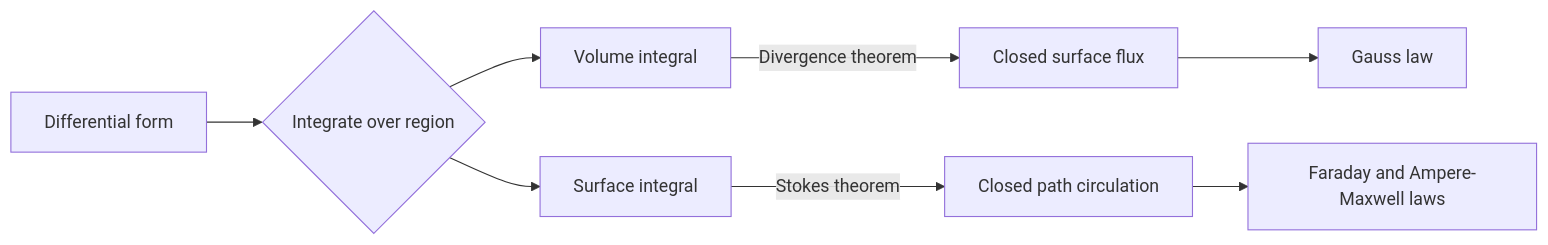
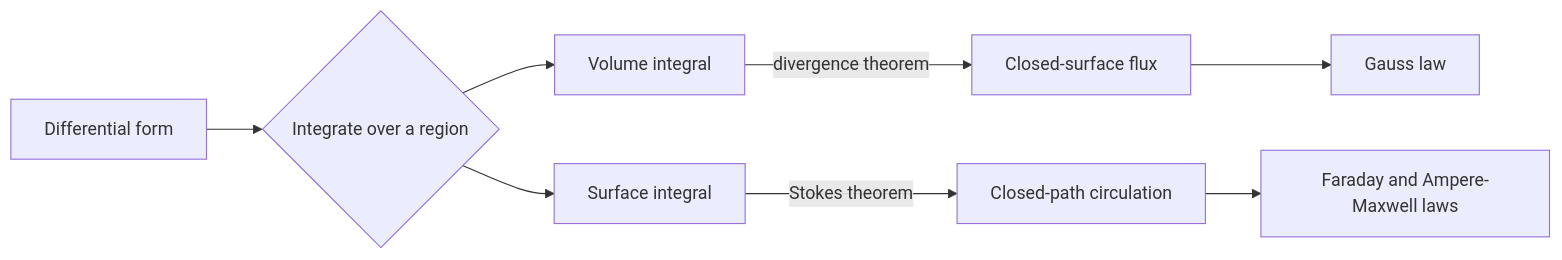
The diagram in docs/physics/electromagnetics/gradient-divergence-curl-integral-theorems.md (justinbrianhwang/SJ-wiki), drawn with Mermaid before and after one commit. The commit also changed other lines of this file and 166 other files, not shown here.

````diff
--- a/docs/physics/electromagnetics/gradient-divergence-curl-integral-theorems.md
+++ b/docs/physics/electromagnetics/gradient-divergence-curl-integral-theorems.md
@@ -133,10 +191,10 @@
 ```mermaid
 flowchart LR
-  A[Differential form] --> B{Integrate over region}
-  B --> C[Volume integral]
-  B --> D[Surface integral]
-  C -->|Divergence theorem| E[Closed surface flux]
-  D -->|Stokes theorem| F[Closed path circulation]
-  E --> G[Gauss law]
-  F --> H[Faraday and Ampere-Maxwell laws]
+  A["Differential form"] --> B{"Integrate over a region"}
+  B --> C["Volume integral"]
+  B --> D["Surface integral"]
+  C -->|"divergence theorem"| E["Closed-surface flux"]
+  D -->|"Stokes theorem"| F["Closed-path circulation"]
+  E --> G["Gauss law"]
+  F --> H["Faraday and Ampere-Maxwell laws"]
 ```
````
